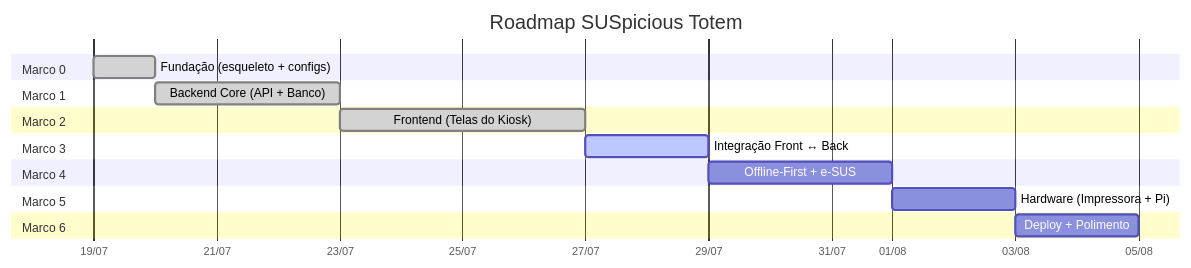
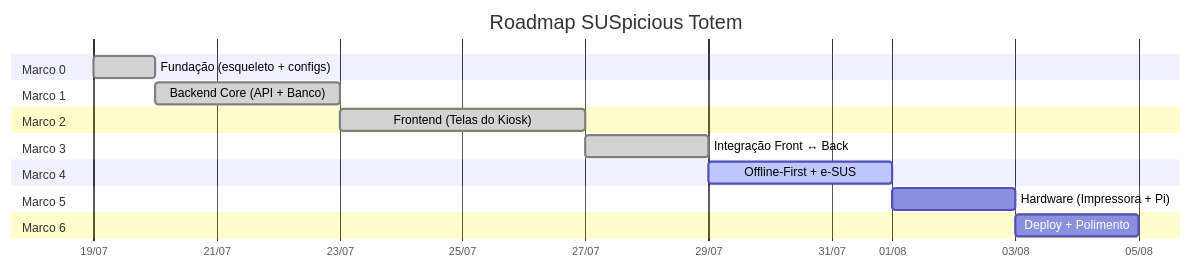
One commit to Gabriell-Ilius/SUSpicious_Totem changed the diagram in ROADMAP.md. Above: the diagram before and after it, drawn with Mermaid. The commit also changed other lines of this file and 12 other files, not shown here.

````diff
--- a/ROADMAP.md
+++ b/ROADMAP.md
@@ -9,27 +9,27 @@
 ```mermaid
 gantt
     title Roadmap SUSpicious Totem
     dateFormat  YYYY-MM-DD
     axisFormat  %d/%m
 
     section Marco 0
     Fundação (esqueleto + configs)           :done, m0, 2026-07-19, 1d
 
     section Marco 1
     Backend Core (API + Banco)               :done, m1, after m0, 3d
 
     section Marco 2
     Frontend (Telas do Kiosk)                :done, m2, after m1, 4d
 
     section Marco 3
-    Integração Front ↔ Back                  :active, m3, after m2, 2d
+    Integração Front ↔ Back                  :done, m3, after m2, 2d
 
     section Marco 4
-    Offline-First + e-SUS                    :m4, after m3, 3d
+    Offline-First + e-SUS                    :active, m4, after m3, 3d
 
     section Marco 5
     Hardware (Impressora + Pi)               :m5, after m4, 2d
 
     section Marco 6
     Deploy + Polimento                       :m6, after m5, 2d
 ```
````
